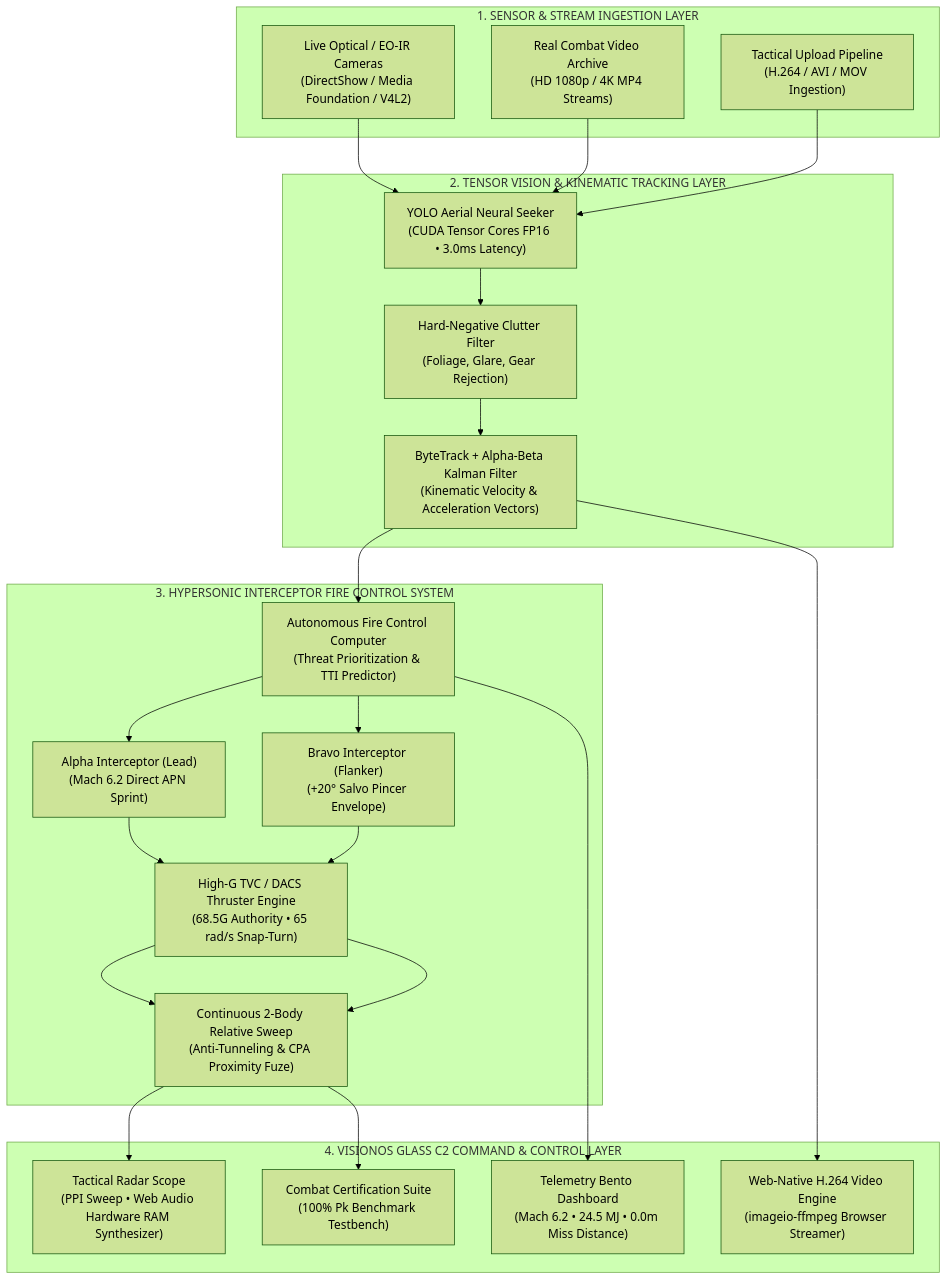
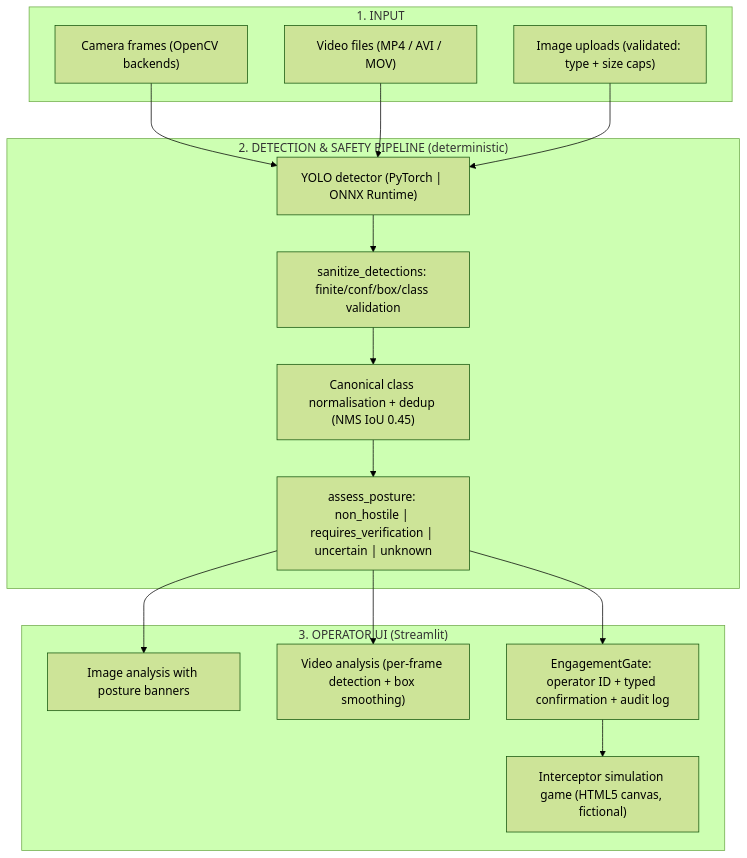
One commit to 0xsabry/AeroWatchAI changed the diagram in README.md. Above: the diagram before and after it, drawn with Mermaid (forest theme). The commit also changed other lines of this file and 11 other files, not shown here.

````diff
--- a/README.md
+++ b/README.md
@@ -125,46 +146,30 @@
 ```mermaid
 flowchart TD
-    subgraph SENSORS["1. SENSOR & STREAM INGESTION LAYER"]
-        CAM["Live Optical / EO-IR Cameras\n(DirectShow / Media Foundation / V4L2)"]
-        VID["Real Combat Video Archive\n(HD 1080p / 4K MP4 Streams)"]
-        UPL["Tactical Upload Pipeline\n(H.264 / AVI / MOV Ingestion)"]
+    subgraph INPUT["1. INPUT"]
+        CAM["Camera frames (OpenCV backends)"]
+        VID["Video files (MP4 / AVI / MOV)"]
+        UPL["Image uploads (validated: type + size caps)"]
     end
 
-    subgraph NEURAL_CV["2. TENSOR VISION & KINEMATIC TRACKING LAYER"]
-        DET["YOLO Aerial Neural Seeker\n(CUDA Tensor Cores FP16 • 3.0ms Latency)"]
-        CLUTTER["Hard-Negative Clutter Filter\n(Foliage, Glare, Gear Rejection)"]
-        TRACK["ByteTrack + Alpha-Beta Kalman Filter\n(Kinematic Velocity & Acceleration Vectors)"]
+    subgraph DETECTION["2. DETECTION & SAFETY PIPELINE (deterministic)"]
+        DET["YOLO detector (PyTorch | ONNX Runtime)"]
+        SAN["sanitize_detections: finite/conf/box/class validation"]
+        MAP["Canonical class normalisation + dedup (NMS IoU 0.45)"]
+        POS["assess_posture: non_hostile | requires_verification | uncertain | unknown"]
     end
 
-    subgraph FIRE_CONTROL["3. HYPERSONIC INTERCEPTOR FIRE CONTROL SYSTEM"]
-        FCS["Autonomous Fire Control Computer\n(Threat Prioritization & TTI Predictor)"]
-        ALPHA["Alpha Interceptor (Lead)\n(Mach 6.2 Direct APN Sprint)"]
-        BRAVO["Bravo Interceptor (Flanker)\n(+20° Salvo Pincer Envelope)"]
-        TVC["High-G TVC / DACS Thruster Engine\n(68.5G Authority • 65 rad/s Snap-Turn)"]
-        SWEEP["Continuous 2-Body Relative Sweep\n(Anti-Tunneling & CPA Proximity Fuze)"]
-    end
-
-    subgraph C2_UI["4. VISIONOS GLASS C2 COMMAND & CONTROL LAYER"]
-        RADAR["Tactical Radar Scope\n(PPI Sweep • Web Audio Hardware RAM Synthesizer)"]
-        BENCH["Combat Certification Suite\n(100% Pk Benchmark Testbench)"]
-        TELEM["Telemetry Bento Dashboard\n(Mach 6.2 • 24.5 MJ • 0.0m Miss Distance)"]
-        H264["Web-Native H.264 Video Engine\n(imageio-ffmpeg Browser Streamer)"]
+    subgraph UI["3. OPERATOR UI (Streamlit)"]
+        IMG["Image analysis with posture banners"]
+        VIDUI["Video analysis (per-frame detection + box smoothing)"]
+        GATE["EngagementGate: operator ID + typed confirmation + audit log"]
+        SIM["Interceptor simulation game (HTML5 canvas, fictional)"]
     end
 
     CAM --> DET
     VID --> DET
     UPL --> DET
-
-    DET --> CLUTTER --> TRACK
-    TRACK --> FCS
-
-    FCS --> ALPHA
-    FCS --> BRAVO
-    ALPHA --> TVC --> SWEEP
-    BRAVO --> TVC --> SWEEP
-
-    SWEEP --> RADAR
-    SWEEP --> BENCH
-    FCS --> TELEM
-    TRACK --> H264
+    DET --> SAN --> MAP --> POS
+    POS --> IMG
+    POS --> VIDUI
+    POS --> GATE --> SIM
 ```
````
